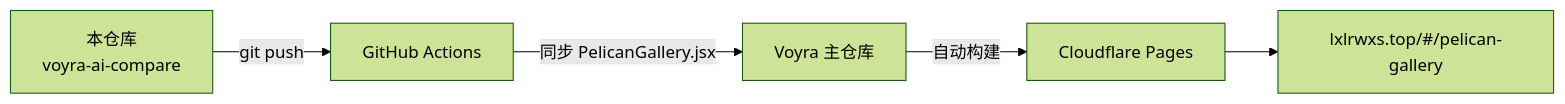
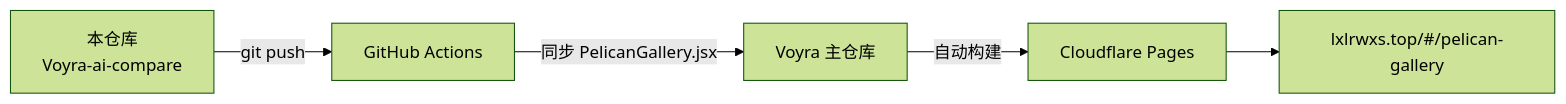
Before and after one commit to liixnglinb/Voyra-ai-compare: the diagram in README.md, drawn with Mermaid (forest theme). The commit also changed other lines of this file, not shown here.

Commit message:
docs: repo renamed voyra-ai-compare -> Voyra-ai-compare, update README links

````diff
--- a/README.md
+++ b/README.md
@@ -64,7 +64,7 @@
 ```mermaid
 flowchart LR
-  A["本仓库<br/>voyra-ai-compare"] -->|git push| B["GitHub Actions"]
+  A["本仓库<br/>Voyra-ai-compare"] -->|git push| B["GitHub Actions"]
   B -->|同步 PelicanGallery.jsx| C["Voyra 主仓库"]
   C -->|自动构建| D["Cloudflare Pages"]
   D --> E["lxlrwxs.top/#/pelican-gallery"]
 ```
````
